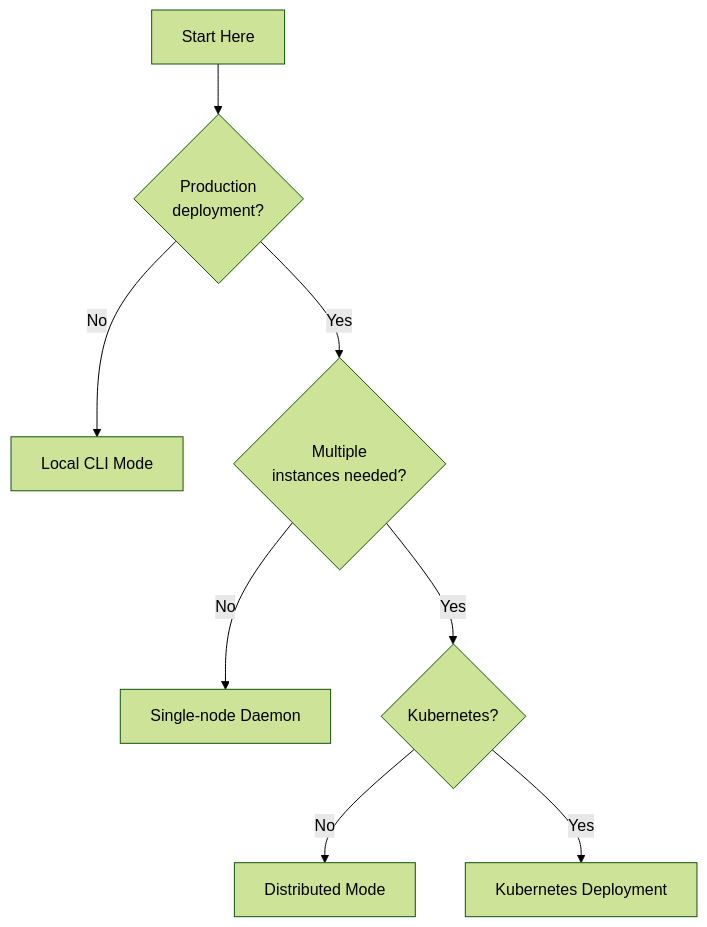
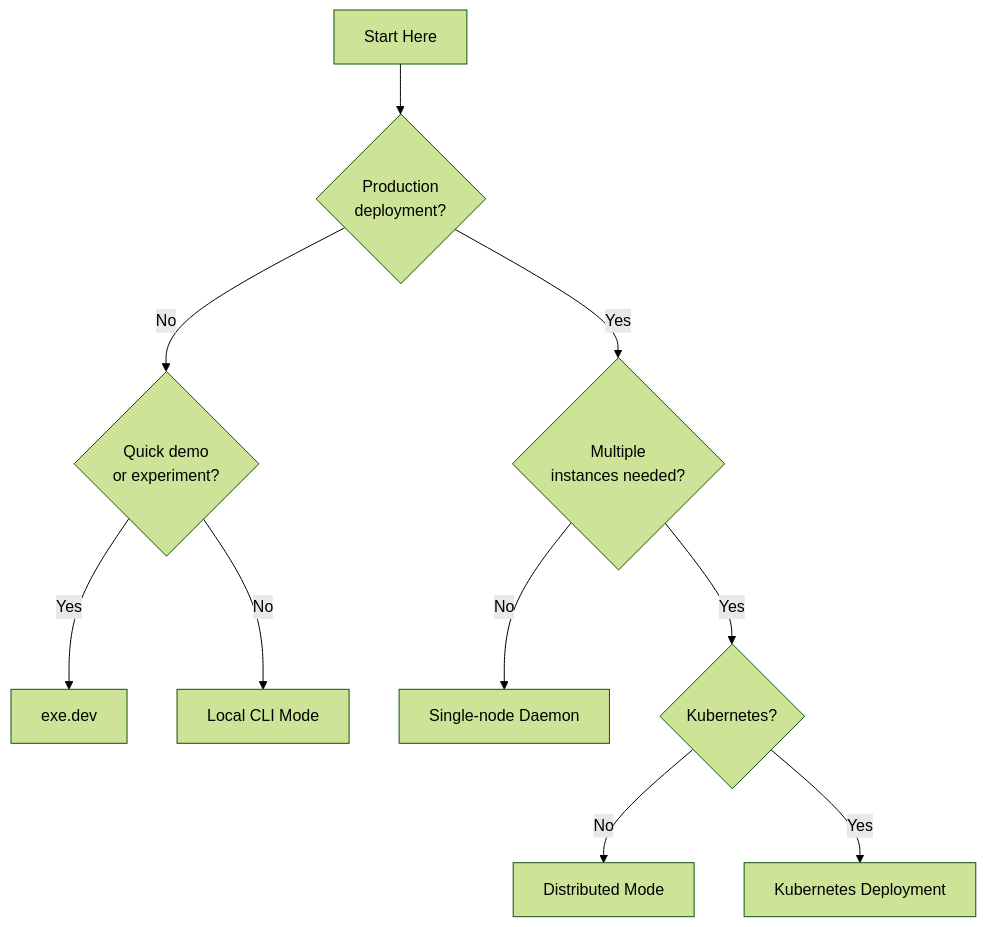
The seventh of 7 diagrams in docs/architecture/deployment-modes.md (tombee/conductor), drawn with Mermaid (forest theme) before and after one commit. The commit also changed other lines of this file and 1 other file, not shown here.

First line of the commit message:
docs: add exe.dev to deployment modes documentation (SPEC-134)

````diff
--- a/docs/architecture/deployment-modes.md
+++ b/docs/architecture/deployment-modes.md
@@ -254,14 +301,16 @@
 ```mermaid
 graph TD
     Start["Start Here"]
 
     Start --> Q1{"Production<br/>deployment?"}
-    Q1 -->|No| Local["Local CLI Mode"]
+    Q1 -->|No| Q1a{"Quick demo<br/>or experiment?"}
+    Q1a -->|Yes| ExeDev["exe.dev"]
+    Q1a -->|No| Local["Local CLI Mode"]
     Q1 -->|Yes| Q2{"Multiple<br/>instances needed?"}
 
     Q2 -->|No| Single["Single-node Daemon"]
     Q2 -->|Yes| Q3{"Kubernetes?"}
 
     Q3 -->|No| Distributed["Distributed Mode"]
     Q3 -->|Yes| K8s["Kubernetes Deployment"]
 ```
````
